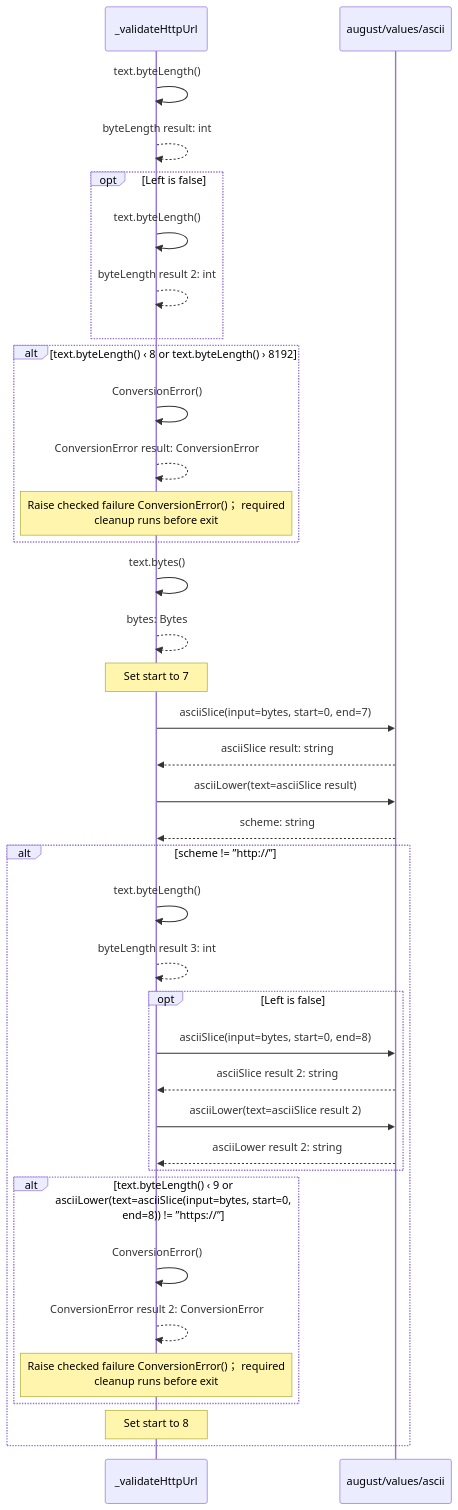
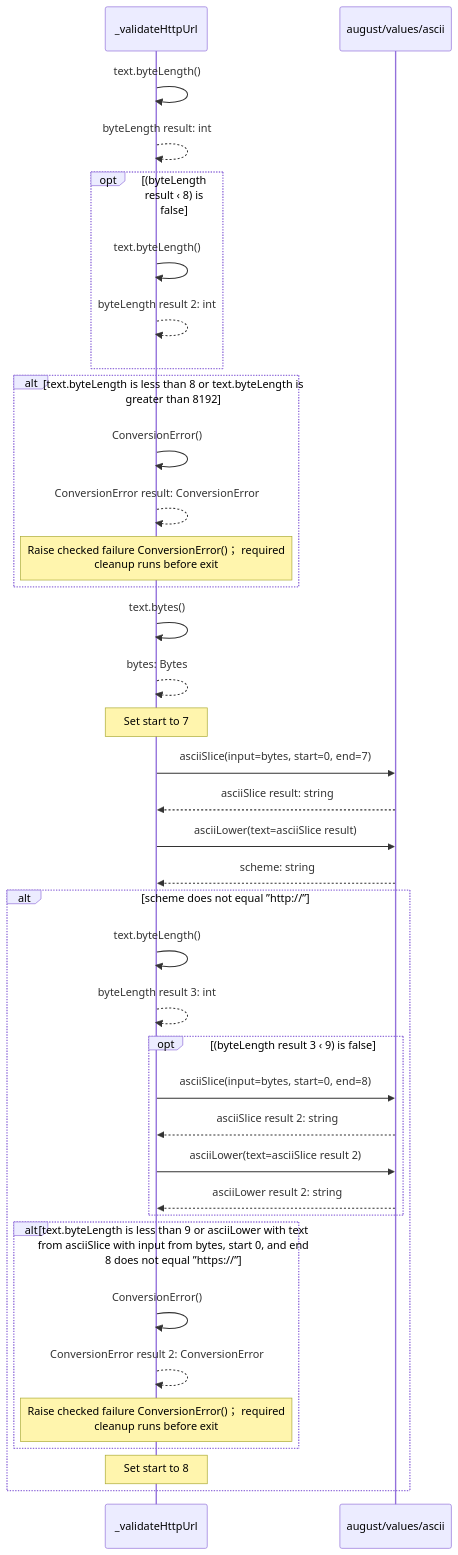
One commit to GreenPandaStudios/augscript changed the sixth of 13 diagrams in src/stdlib/values/urls.aug.diagrams.md. Above: the diagram before and after it, drawn with Mermaid. The commit also changed other lines of this file and 658 other files, not shown here.

````diff
--- a/src/stdlib/values/urls.aug.diagrams.md
+++ b/src/stdlib/values/urls.aug.diagrams.md
@@ -99,39 +122,39 @@
 ```mermaid
 sequenceDiagram
     participant p0 as _validateHttpUrl
     participant p1 as august/values/ascii
     p0->>p0: text.byteLength()
     p0-->>p0: byteLength result: int
-    opt Left is false
+    opt (byteLength result ‹ 8) is false
     p0->>p0: text.byteLength()
     p0-->>p0: byteLength result 2: int
     end
-    alt text.byteLength() ‹ 8 or text.byteLength() › 8192
+    alt text.byteLength is less than 8 or text.byteLength is<br/>greater than 8192
     p0->>p0: ConversionError()
     p0-->>p0: ConversionError result: ConversionError
     Note over p0: Raise checked failure ConversionError()； required<br/>cleanup runs before exit
     end
     p0->>p0: text.bytes()
     p0-->>p0: bytes: Bytes
     Note over p0: Set start to 7
     p0->>p1: asciiSlice(input=bytes, start=0, end=7)
     p1-->>p0: asciiSlice result: string
     p0->>p1: asciiLower(text=asciiSlice result)
     p1-->>p0: scheme: string
-    alt scheme != ”http://”
+    alt scheme does not equal ”http://”
     p0->>p0: text.byteLength()
     p0-->>p0: byteLength result 3: int
-    opt Left is false
+    opt (byteLength result 3 ‹ 9) is false
     p0->>p1: asciiSlice(input=bytes, start=0, end=8)
     p1-->>p0: asciiSlice result 2: string
     p0->>p1: asciiLower(text=asciiSlice result 2)
     p1-->>p0: asciiLower result 2: string
     end
-    alt text.byteLength() ‹ 9 or asciiLower(text=asciiSlice(input=bytes, start=0, end=8)) != ”https://”
+    alt text.byteLength is less than 9 or asciiLower with text<br/>from asciiSlice with input from bytes, start 0, and end<br/>8 does not equal ”https://”
     p0->>p0: ConversionError()
     p0-->>p0: ConversionError result 2: ConversionError
     Note over p0: Raise checked failure ConversionError()； required<br/>cleanup runs before exit
     end
     Note over p0: Set start to 8
     end
 ```
````
